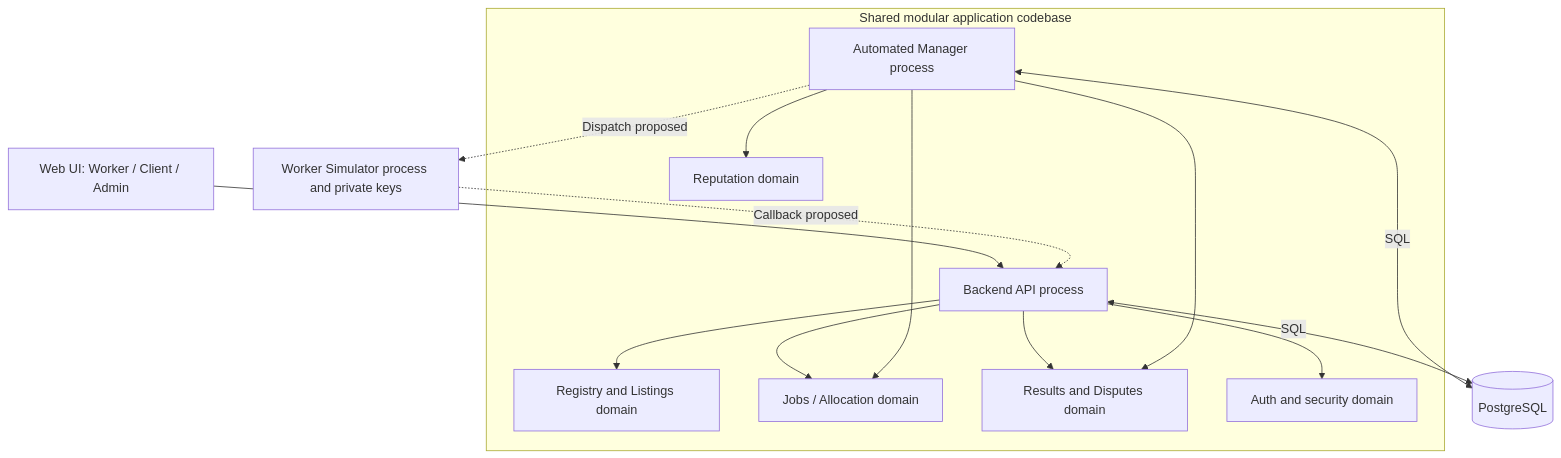
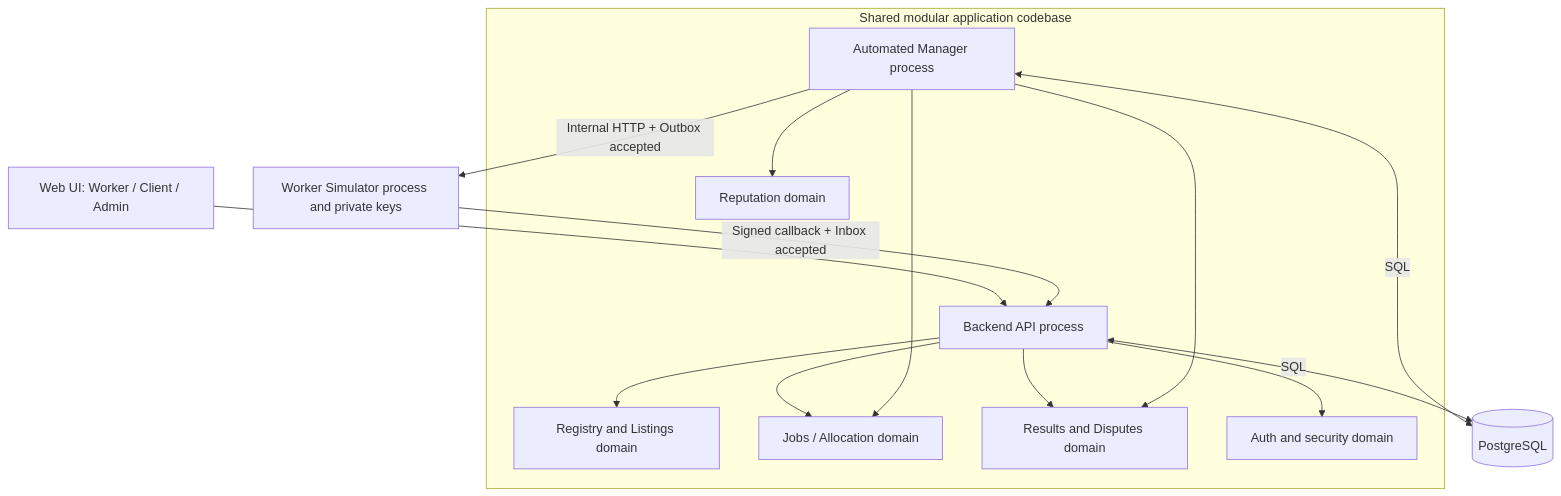
Before and after one commit to SE2026-BC-04/gpu-resource-marketplace: the second of 3 diagrams in docs/architecture/system-architecture.md, drawn with Mermaid. The commit also changed other lines of this file and 13 other files, not shown here.

Commit message:
docs: update requirements and add architecture decisions

````diff
--- a/docs/architecture/system-architecture.md
+++ b/docs/architecture/system-architecture.md
@@ -145,27 +145,27 @@
 ```mermaid
 flowchart TB
     UI[Web UI: Worker / Client / Admin]
     subgraph APP[Shared modular application codebase]
        API[Backend API process]
        MGR[Automated Manager process]
        REG[Registry and Listings domain]
        JOB[Jobs / Allocation domain]
        RES[Results and Disputes domain]
        REP[Reputation domain]
        SEC[Auth and security domain]
        API --> REG
        API --> JOB
        API --> RES
        API --> SEC
        MGR --> JOB
        MGR --> RES
        MGR --> REP
     end
     SIM[Worker Simulator process and private keys]
     DB[(PostgreSQL)]
     UI --> API
     API <-->|SQL| DB
     MGR <-->|SQL| DB
-    MGR -.->|Dispatch proposed| SIM
-    SIM -.->|Callback proposed| API
+    MGR -->|Internal HTTP + Outbox accepted| SIM
+    SIM -->|Signed callback + Inbox accepted| API
 ```
````
